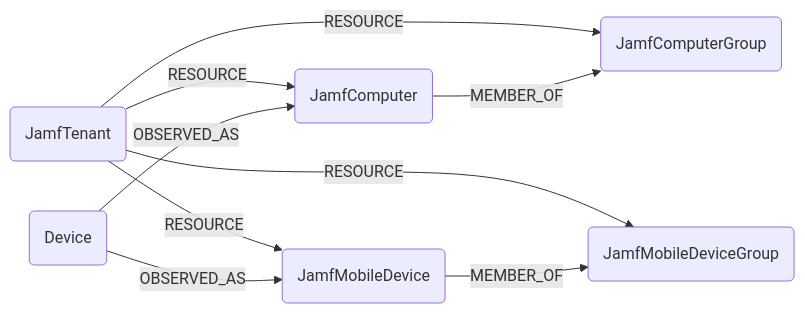
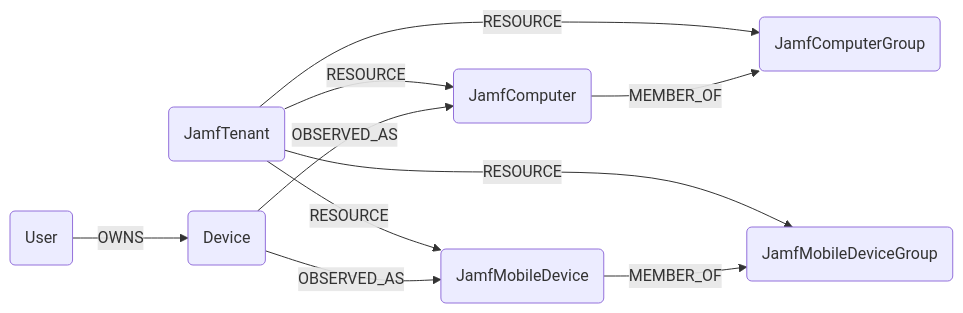
The diagram in docs/root/modules/jamf/schema.md (sec-js/cartography), drawn with Mermaid before and after one commit. The commit also changed other lines of this file and 3 other files, not shown here.

````diff
--- a/docs/root/modules/jamf/schema.md
+++ b/docs/root/modules/jamf/schema.md
@@ -3,11 +3,12 @@
 ```mermaid
 graph LR
 T(JamfTenant) -- RESOURCE --> CG(JamfComputerGroup)
 T -- RESOURCE --> MG(JamfMobileDeviceGroup)
 T -- RESOURCE --> C(JamfComputer)
 T -- RESOURCE --> M(JamfMobileDevice)
+U(User) -- OWNS --> D(Device)
 C -- MEMBER_OF --> CG
 M -- MEMBER_OF --> MG
 D(Device) -- OBSERVED_AS --> C
 D -- OBSERVED_AS --> M
 ```
````
